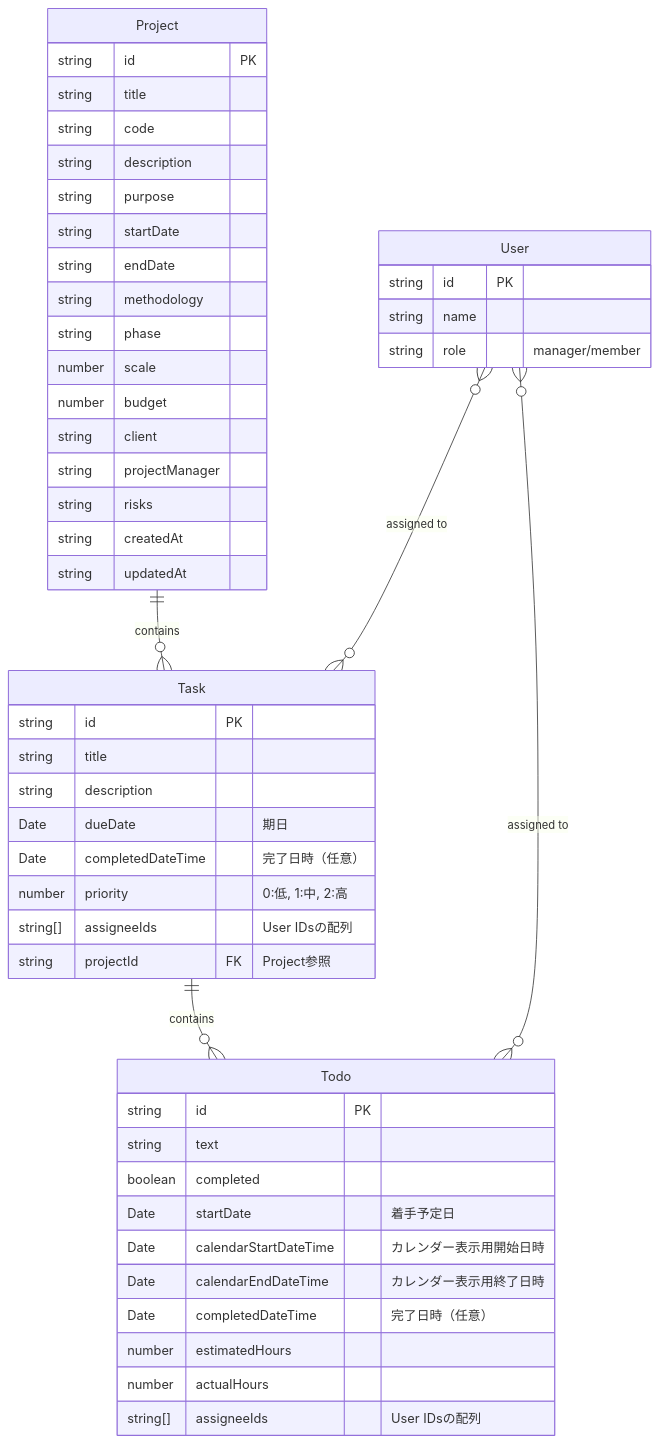
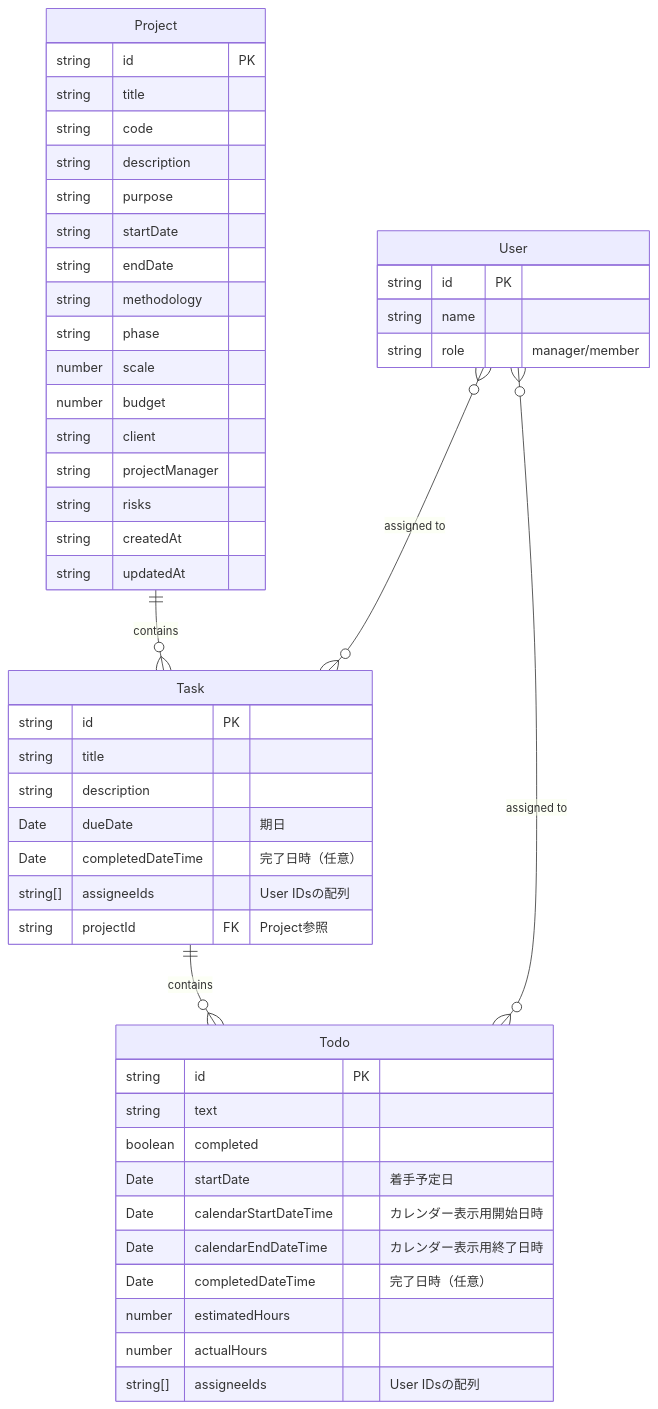
The diagram in docs/data-model.md (whiten-admin/play-ground1), drawn with Mermaid before and after one commit. The commit also changed 8 other files, not shown here.

````diff
--- a/docs/data-model.md
+++ b/docs/data-model.md
@@ -7,56 +7,55 @@
 ```mermaid
 erDiagram
     Project ||--o{ Task : "contains"
     Task ||--o{ Todo : "contains"
     User }o--o{ Task : "assigned to"
     User }o--o{ Todo : "assigned to"
 
     Project {
         string id PK
         string title
         string code
         string description
         string purpose
         string startDate
         string endDate
         string methodology
         string phase
         number scale
         number budget
         string client
         string projectManager
         string risks
         string createdAt
         string updatedAt
     }
 
     Task {
         string id PK
         string title
         string description
         Date dueDate "期日"
         Date completedDateTime "完了日時（任意）"
-        number priority "0:低, 1:中, 2:高"
         string[] assigneeIds "User IDsの配列"
         string projectId FK "Project参照"
     }
 
     Todo {
         string id PK
         string text
         boolean completed
         Date startDate "着手予定日"
         Date calendarStartDateTime "カレンダー表示用開始日時"
         Date calendarEndDateTime "カレンダー表示用終了日時"
         Date completedDateTime "完了日時（任意）"
         number estimatedHours
         number actualHours
         string[] assigneeIds "User IDsの配列"
     }
 
     User {
         string id PK
         string name
         string role "manager/member"
     }
 ```
````
